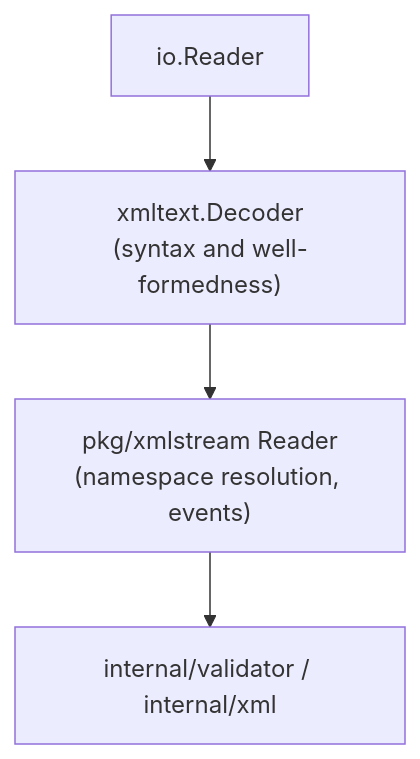
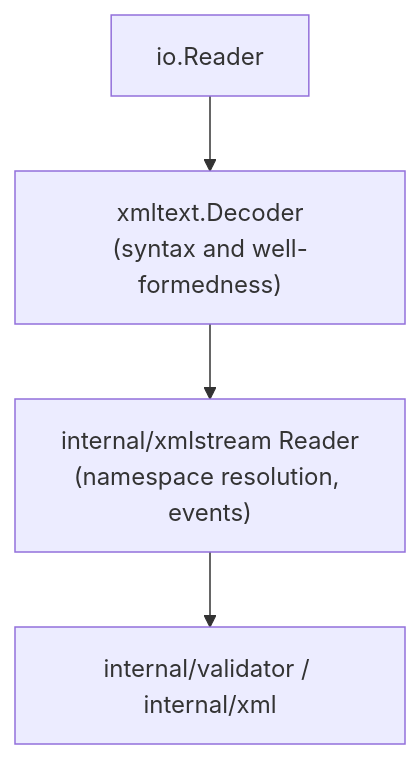
The diagram in docs/xmltext-architecture.md (jacoelho/xsd), drawn with Mermaid before and after one commit. The commit also changed other lines of this file and 817 other files, not shown here.

First line of the commit message:
Refactor/schema resolution boundaries (#83)

````diff
--- a/docs/xmltext-architecture.md
+++ b/docs/xmltext-architecture.md
@@ -9,4 +9,4 @@
 ```mermaid
 flowchart TD
-  Reader["io.Reader"] --> Decoder["xmltext.Decoder<br/>(syntax and well-formedness)"] --> Stream["pkg/xmlstream Reader<br/>(namespace resolution, events)"] --> Higher["internal/validator / internal/xml"]
+  Reader["io.Reader"] --> Decoder["xmltext.Decoder<br/>(syntax and well-formedness)"] --> Stream["internal/xmlstream Reader<br/>(namespace resolution, events)"] --> Higher["internal/validator / internal/xml"]
 ```
````
